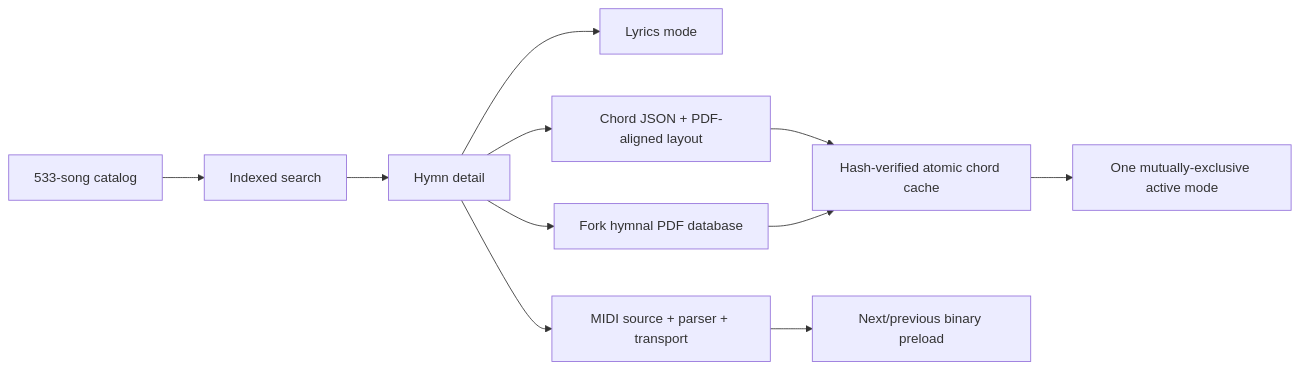
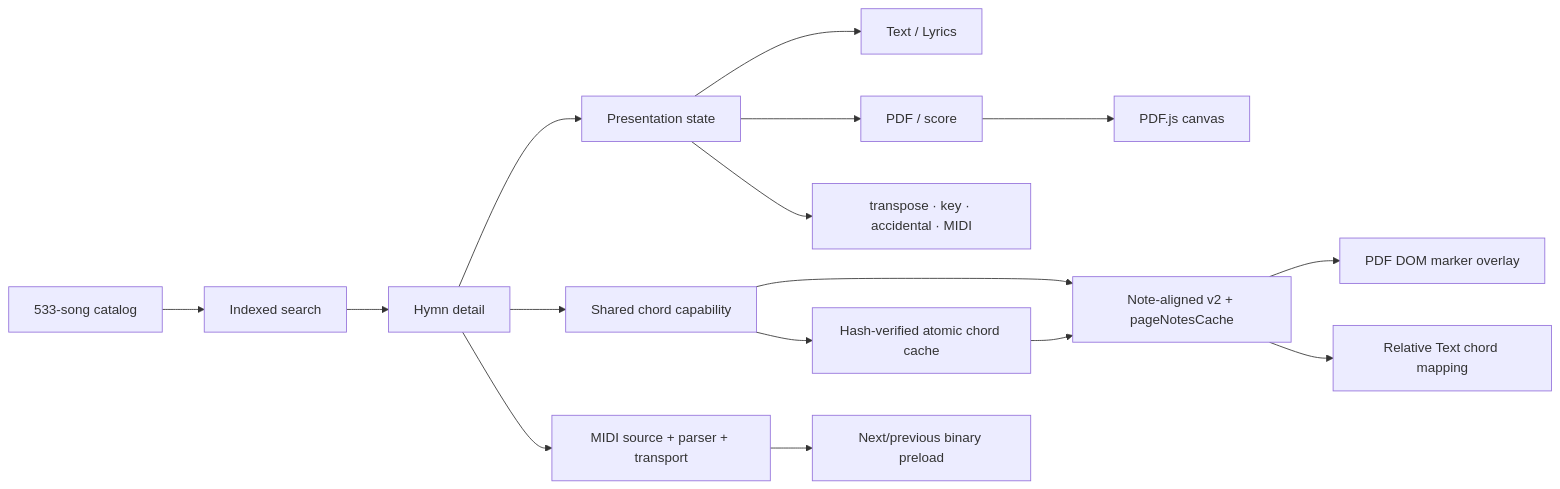
Before and after one commit to gyspnk/GYSApp-Tauri: the ninth of 13 diagrams in docs/architecture.md, drawn with Mermaid. The commit also changed other lines of this file and 35 other files, not shown here.

````diff
--- a/docs/architecture.md
+++ b/docs/architecture.md
@@ -220,13 +219,18 @@
 ```mermaid
 flowchart LR
   HYMNS["533-song catalog"] --> SEARCH["Indexed search"]
   SEARCH --> DETAIL2["Hymn detail"]
-  DETAIL2 --> LYRICS["Lyrics mode"]
-  DETAIL2 --> CHORD["Chord JSON + PDF-aligned layout"]
+  DETAIL2 --> PRESENTATION["Presentation state"]
+  PRESENTATION --> LYRICS["Text / Lyrics"]
+  PRESENTATION --> PDF2["PDF / score"]
+  DETAIL2 --> CHORD["Shared chord capability"]
   DETAIL2 --> MIDI2["MIDI source + parser + transport"]
-  DETAIL2 --> PDF2["Fork hymnal PDF database"]
+  PDF2 --> CANVAS["PDF.js canvas"]
+  CHORD --> NOTES["Note-aligned v2 + pageNotesCache"]
+  NOTES --> OVERLAY["PDF DOM marker overlay"]
+  NOTES --> TEXTMAP["Relative Text chord mapping"]
   CHORD --> CACHE2["Hash-verified atomic chord cache"]
   MIDI2 --> PRELOAD["Next/previous binary preload"]
-  PDF2 --> CACHE2
-  CACHE2 --> MODES["One mutually-exclusive active mode"]
+  PRESENTATION --> SHARED["transpose · key · accidental · MIDI"]
+  CACHE2 --> NOTES
 ```
````
